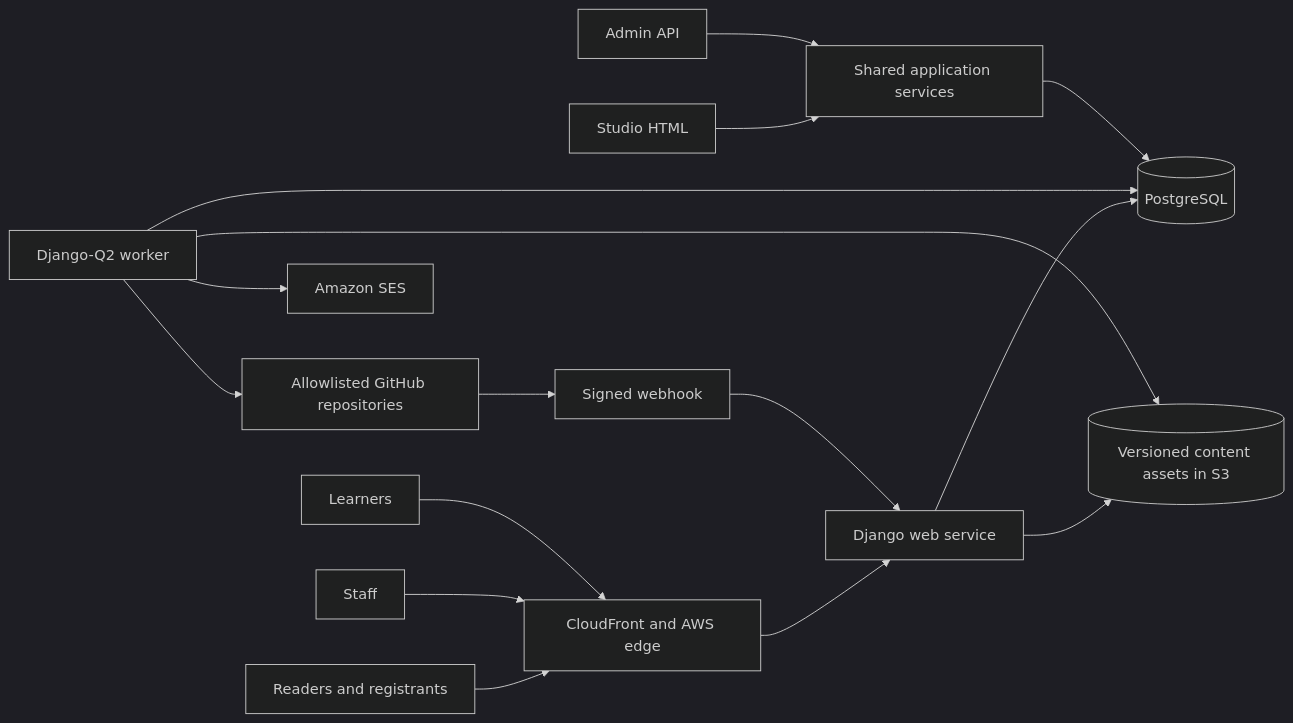
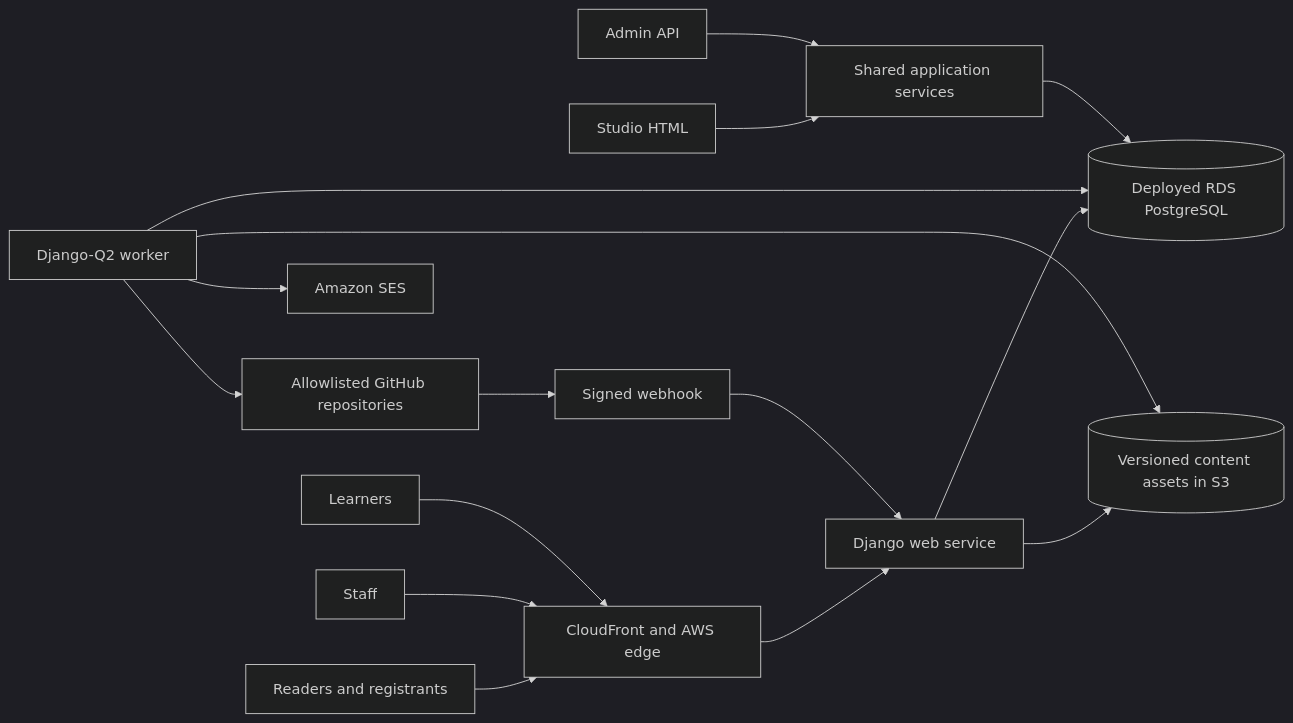
Before and after one commit to DataTalksClub/website: the diagram in _docs/specs/README.md, drawn with Mermaid (dark theme). The commit also changed other lines of this file and 59 other files, not shown here.

````diff
--- a/_docs/specs/README.md
+++ b/_docs/specs/README.md
@@ -43,18 +47,18 @@
 ```mermaid
 flowchart LR
     Readers[Readers and registrants] --> Edge[CloudFront and AWS edge]
     Staff[Staff] --> Edge
     Edge --> Web[Django web service]
-    Web --> DB[(PostgreSQL)]
+    Web --> DB[(Deployed RDS PostgreSQL)]
     Web --> Assets[(Versioned content assets in S3)]
     Worker[Django-Q2 worker] --> DB
     Worker --> Assets
     Worker --> SES[Amazon SES]
     GitHub[Allowlisted GitHub repositories] --> Hook[Signed webhook]
     Hook --> Web
     Worker --> GitHub
     Studio[Studio HTML] --> Services[Shared application services]
     API[Admin API] --> Services
     Services --> DB
     Learners[Learners] --> Edge
 ```
````
